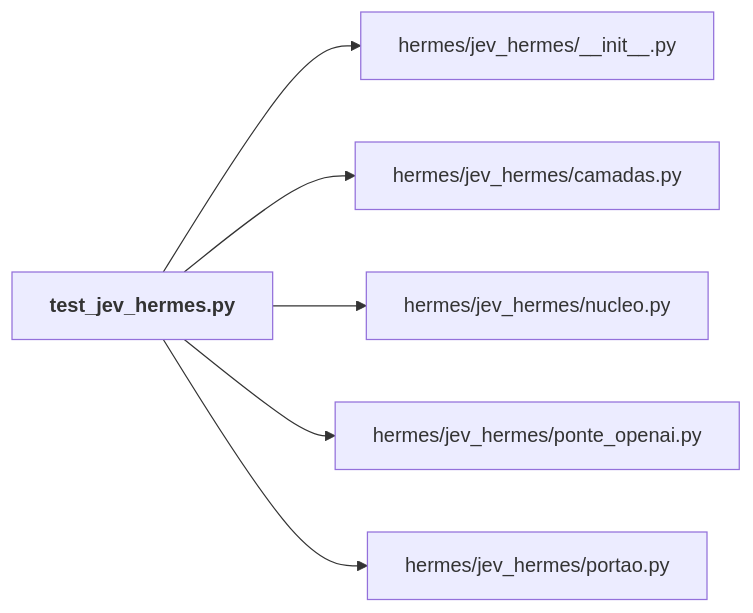
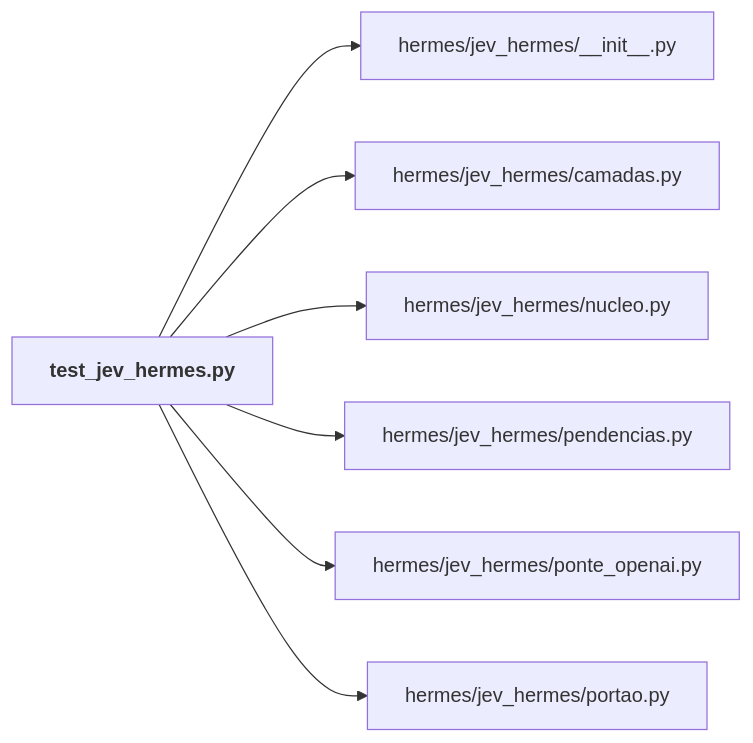
Before and after one commit to igormorais123/JEV: the diagram in mapa/pastas/hermes__tests.md, drawn with Mermaid. The commit also changed other lines of this file and 47 other files, not shown here.

````diff
--- a/mapa/pastas/hermes__tests.md
+++ b/mapa/pastas/hermes__tests.md
@@ -17,14 +17,16 @@
 ```mermaid
 flowchart LR
   n_hermes_jev_hermes___init___py["hermes/jev_hermes/__init__.py"]
   n_hermes_jev_hermes_camadas_py["hermes/jev_hermes/camadas.py"]
   n_hermes_jev_hermes_nucleo_py["hermes/jev_hermes/nucleo.py"]
+  n_hermes_jev_hermes_pendencias_py["hermes/jev_hermes/pendencias.py"]
   n_hermes_jev_hermes_ponte_openai_py["hermes/jev_hermes/ponte_openai.py"]
   n_hermes_jev_hermes_portao_py["hermes/jev_hermes/portao.py"]
   n_hermes_tests_test_jev_hermes_py["<b>test_jev_hermes.py</b>"]
   n_hermes_tests_test_jev_hermes_py --> n_hermes_jev_hermes___init___py
   n_hermes_tests_test_jev_hermes_py --> n_hermes_jev_hermes_camadas_py
   n_hermes_tests_test_jev_hermes_py --> n_hermes_jev_hermes_nucleo_py
+  n_hermes_tests_test_jev_hermes_py --> n_hermes_jev_hermes_pendencias_py
   n_hermes_tests_test_jev_hermes_py --> n_hermes_jev_hermes_ponte_openai_py
   n_hermes_tests_test_jev_hermes_py --> n_hermes_jev_hermes_portao_py
 ```
````
